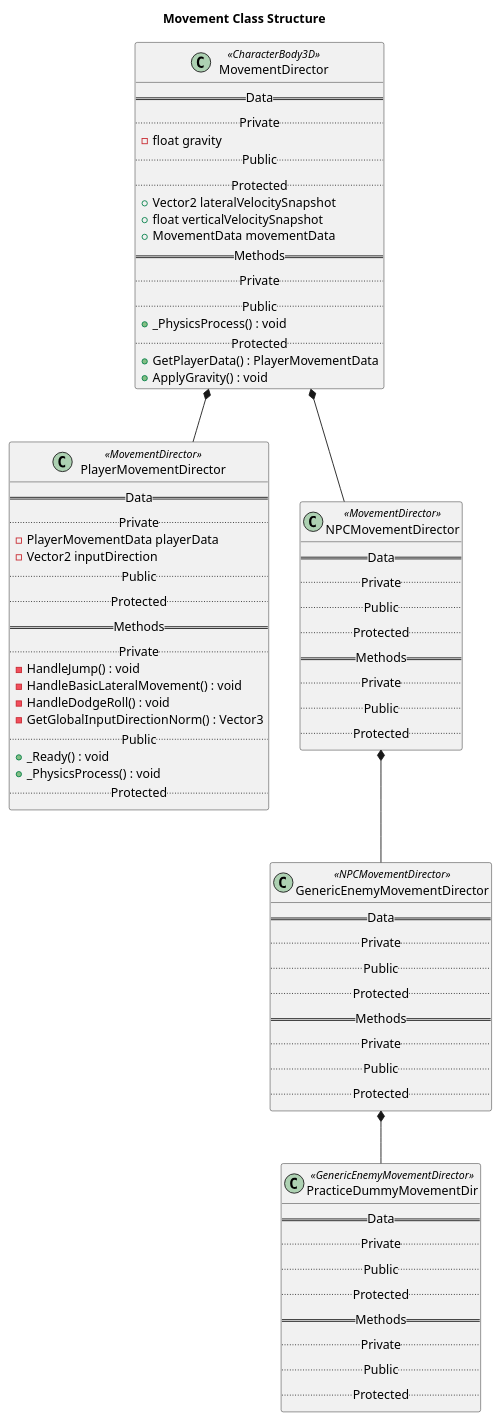
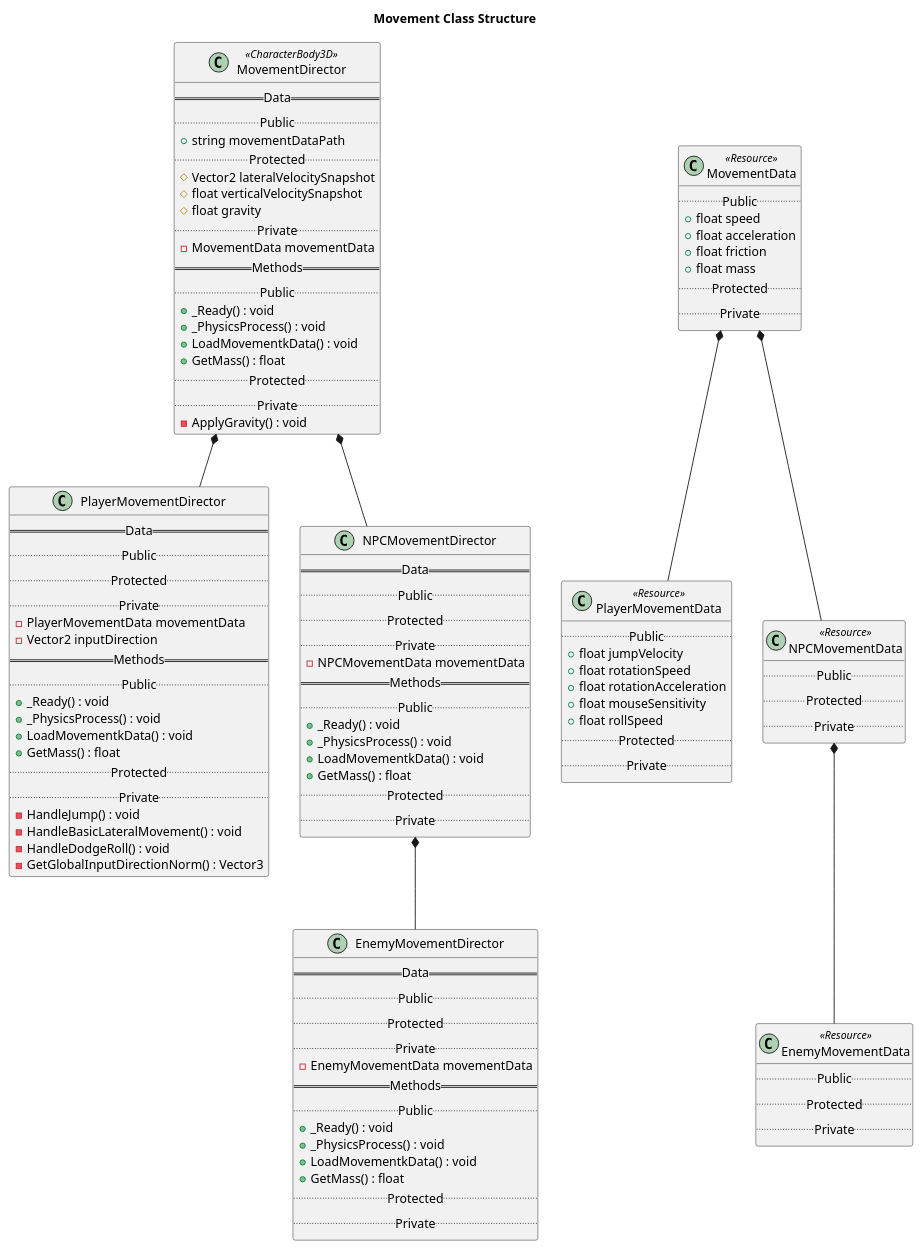
One commit to kjtkanaly/Roguelike-Shoot-Em-Up changed the diagram in UML-Diagrams/src/Movement_Class_Struct.puml. Above: the diagram before and after it, drawn with PlantUML. The commit also changed 1 other file, not shown here.

Commit message:
Updated the movement class struct diagram

```diff
--- a/UML-Diagrams/src/Movement_Class_Struct.puml
+++ b/UML-Diagrams/src/Movement_Class_Struct.puml
@@ -1,80 +1,122 @@
 @startuml Movement Class Structure
 
 title Movement Class Structure
 
+' Method Classes
 class MovementDirector <<CharacterBody3D>>{
     == Data ==
+    .. Public ..
+    + string movementDataPath
+    .. Protected ..
+    # Vector2 lateralVelocitySnapshot
+    # float verticalVelocitySnapshot
+    # float gravity
     .. Private ..
-    - float gravity
+    - MovementData movementData
+    == Methods ==
+    .. Public ..
+    + _Ready() : void
+    + _PhysicsProcess() : void
+    + LoadMovementkData() : void
+    + GetMass() : float
+    .. Protected ..
+    .. Private ..
+    - ApplyGravity() : void
+}
+
+class PlayerMovementDirector{
+    == Data ==
     .. Public ..
     .. Protected ..
-    + Vector2 lateralVelocitySnapshot
-    + float verticalVelocitySnapshot
-    + MovementData movementData
+    .. Private ..
+    - PlayerMovementData movementData
+	- Vector2 inputDirection
     == Methods ==
-    .. Private ..
     .. Public ..
+    + _Ready() : void
     + _PhysicsProcess() : void
+    + LoadMovementkData() : void
+    + GetMass() : float
     .. Protected ..
-    + GetPlayerData() : PlayerMovementData
-    + ApplyGravity() : void
-}
-
-class PlayerMovementDirector <<MovementDirector>>{
-    == Data ==
-    .. Private ..
-    - PlayerMovementData playerData
-	- Vector2 inputDirection
-    .. Public ..
-    .. Protected ..
-    == Methods ==
     .. Private ..
     - HandleJump() : void
     - HandleBasicLateralMovement() : void
     - HandleDodgeRoll() : void
     - GetGlobalInputDirectionNorm() : Vector3
+}
+
+class NPCMovementDirector{
+    == Data ==
+    .. Public ..
+    .. Protected ..
+    .. Private ..
+    - NPCMovementData movementData
+    == Methods ==
     .. Public ..
     + _Ready() : void
     + _PhysicsProcess() : void
+    + LoadMovementkData() : void
+    + GetMass() : float
     .. Protected ..
+    .. Private ..
 }
 
-class NPCMovementDirector <<MovementDirector>>{
+class EnemyMovementDirector {
     == Data ==
-    .. Private ..
     .. Public ..
     .. Protected ..
+    .. Private ..
+    - EnemyMovementData movementData
     == Methods ==
+    .. Public ..
+    + _Ready() : void
+    + _PhysicsProcess() : void
+    + LoadMovementkData() : void
+    + GetMass() : float
+    .. Protected ..
     .. Private ..
-    .. Public ..
-    .. Protected ..
-}
-
-class GenericEnemyMovementDirector <<NPCMovementDirector>>{
-    == Data ==
-    .. Private ..
-    .. Public ..
-    .. Protected ..
-    == Methods ==
-    .. Private ..
-    .. Public ..
-    .. Protected ..
-}
-
-class PracticeDummyMovementDir <<GenericEnemyMovementDirector>>{
-    == Data ==
-    .. Private ..
-    .. Public ..
-    .. Protected ..
-    == Methods ==
-    .. Private ..
-    .. Public ..
-    .. Protected ..
 }
 
 MovementDirector *-- PlayerMovementDirector
 MovementDirector *-- NPCMovementDirector
-NPCMovementDirector *-- GenericEnemyMovementDirector
-GenericEnemyMovementDirector *-- PracticeDummyMovementDir
+NPCMovementDirector *-- EnemyMovementDirector
+
+' Resource Classes
+class MovementData <<Resource>> {
+    .. Public ..
+    + float speed
+	+ float acceleration
+	+ float friction
+	+ float mass
+    .. Protected ..
+    .. Private ..
+}
+
+class PlayerMovementData <<Resource>> {
+    .. Public ..
+    + float jumpVelocity  
+	+ float rotationSpeed
+	+ float rotationAcceleration
+	+ float mouseSensitivity
+	+ float rollSpeed
+    .. Protected ..
+    .. Private ..
+}
+
+class NPCMovementData <<Resource>> {
+    .. Public ..
+    .. Protected ..
+    .. Private ..
+}
+
+class EnemyMovementData <<Resource>> {
+    .. Public ..
+    .. Protected ..
+    .. Private ..
+}
+
+MovementData *-- PlayerMovementData
+MovementData *-- NPCMovementData
+NPCMovementData *-- EnemyMovementData
 
 @enduml
```
